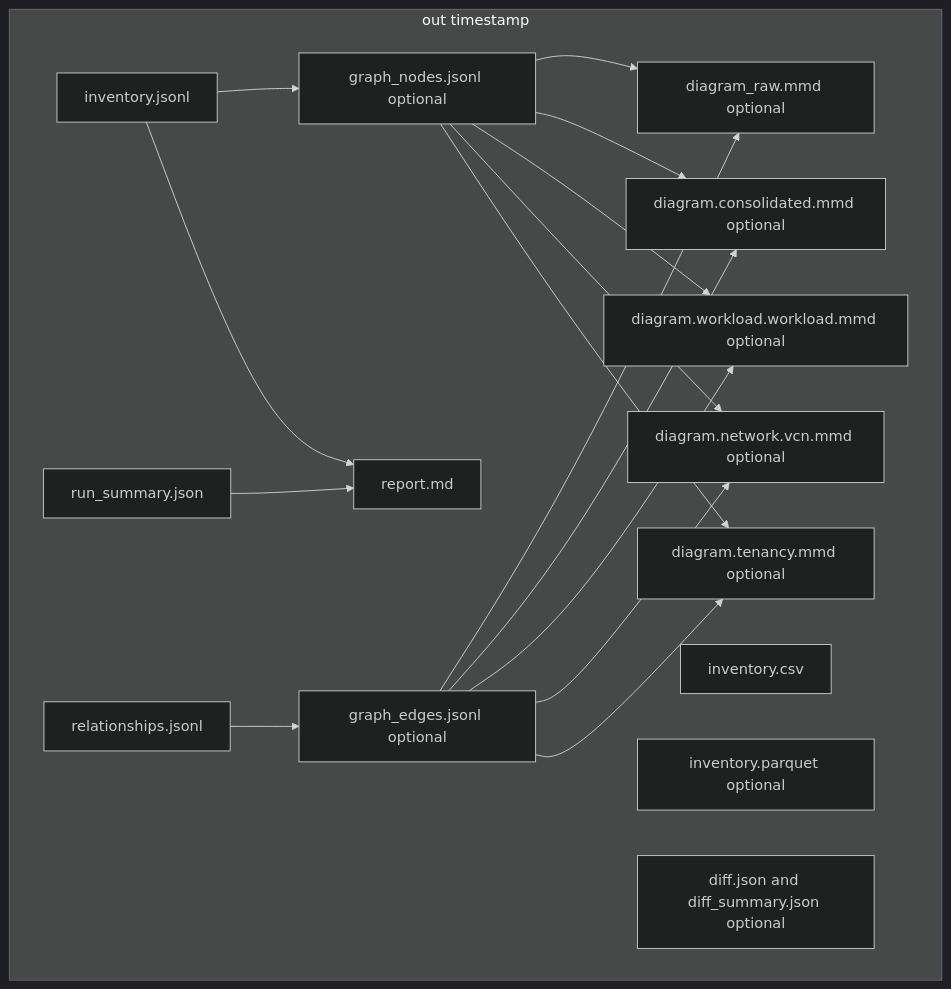
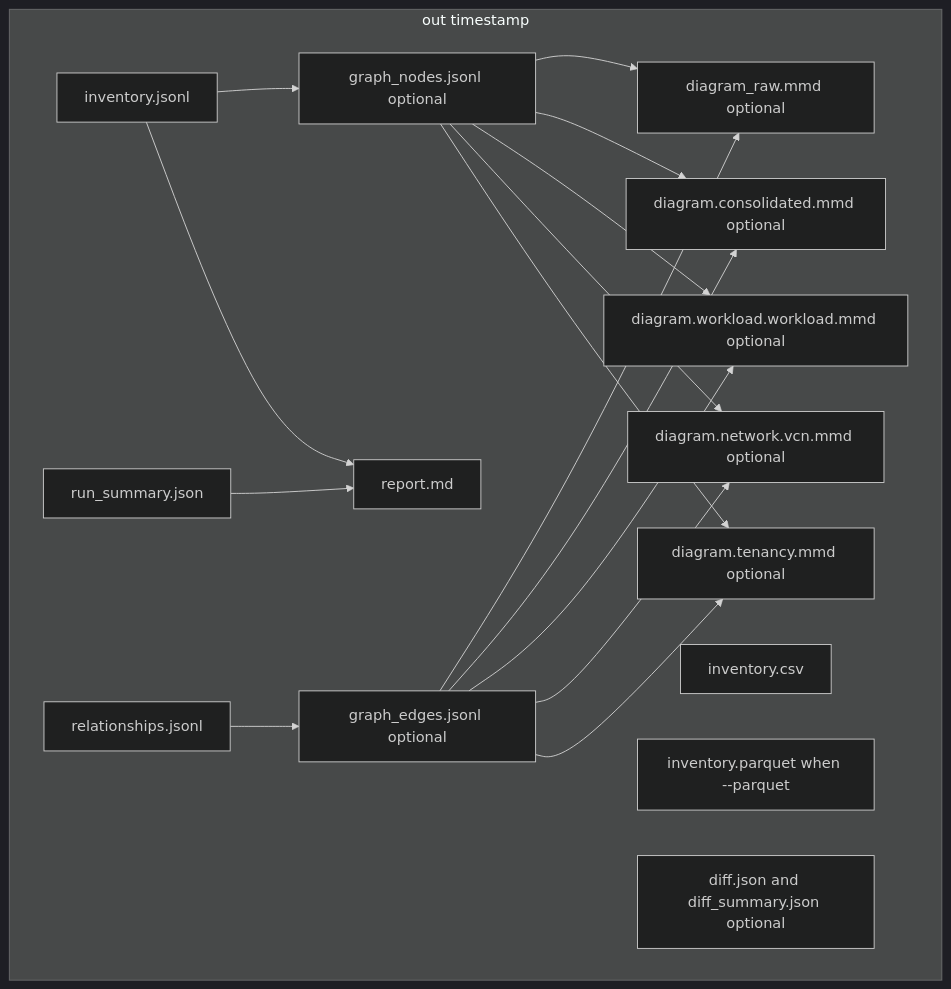
The second of 2 diagrams in inventory/README.md (javierchan/oci), drawn with Mermaid (dark theme) before and after one commit. The commit also changed other lines of this file and 1 other file, not shown here.

````diff
--- a/inventory/README.md
+++ b/inventory/README.md
@@ -290,33 +286,33 @@
 ```mermaid
 flowchart TB
 subgraph out_ts[out timestamp]
     inv[inventory.jsonl]
     csv[inventory.csv]
-    parquet[inventory.parquet optional]
+    parquet[inventory.parquet when --parquet]
     rel[relationships.jsonl]
     nodes[graph_nodes.jsonl optional]
     edges[graph_edges.jsonl optional]
     raw[diagram_raw.mmd optional]
     ten[diagram.tenancy.mmd optional]
     net[diagram.network.vcn.mmd optional]
     wl[diagram.workload.workload.mmd optional]
     cons[diagram.consolidated.mmd optional]
     rpt[report.md]
     sum[run_summary.json]
     diff[diff.json and diff_summary.json optional]
   end
   inv --> rpt
   sum --> rpt
   inv --> nodes
   rel --> edges
   nodes --> ten
   edges --> ten
   nodes --> net
   edges --> net
   nodes --> wl
   edges --> wl
   nodes --> cons
   edges --> cons
   nodes --> raw
   edges --> raw
 ```
````
